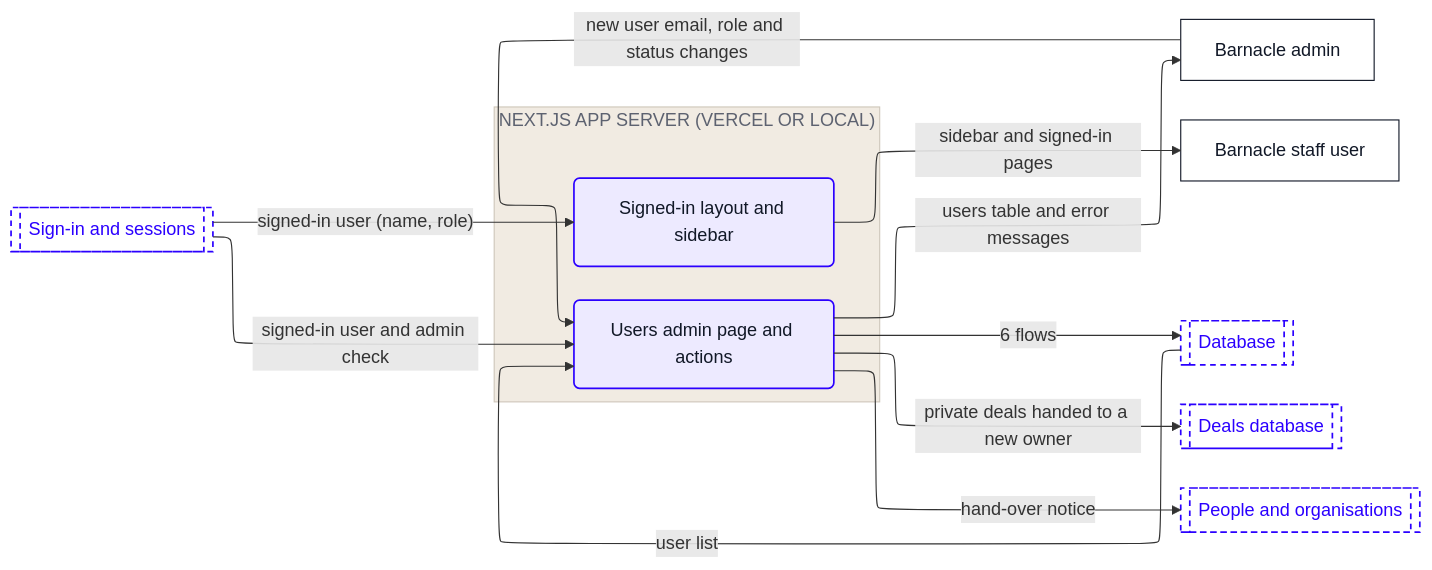
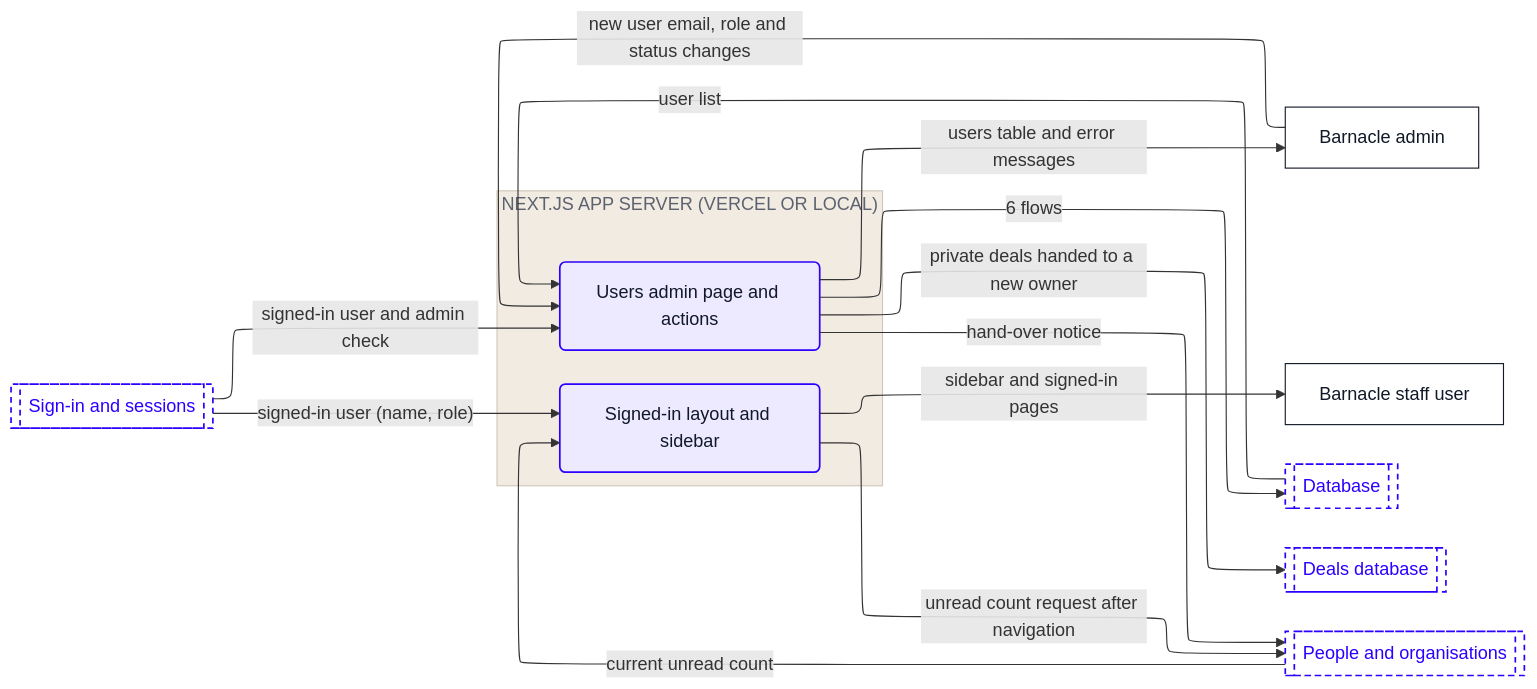
Before and after one commit to Romain-Perche/Barnacle-Pipe: the tenth of 10 diagrams in dataflow/DATAFLOW.md, drawn with Mermaid. The commit also changed other lines of this file and 5 other files, not shown here.

````diff
--- a/dataflow/DATAFLOW.md
+++ b/dataflow/DATAFLOW.md
@@ -517,36 +520,38 @@
 ```mermaid
 ---
 config:
   layout: elk
 ---
 flowchart LR
     n1["Barnacle admin"]
     n2["Barnacle staff user"]
     subgraph z1["NEXT.JS APP SERVER (VERCEL OR LOCAL)"]
         n3("Signed-in layout and sidebar")
         n4("Users admin page and actions")
     end
     n5[["Database"]]
     n6[["Deals database"]]
     n7[["People and organisations"]]
     n8[["Sign-in and sessions"]]
     n1 -->|"new user email, role and status changes"| n4
+    n3 -->|"unread count request after navigation"| n7
     n3 -->|"sidebar and signed-in pages"| n2
+    n7 -->|"current unread count"| n3
     n8 -->|"signed-in user (name, role)"| n3
     n8 -->|"signed-in user and admin check"| n4
     n4 -->|"users table and error messages"| n1
     n4 -->|"private deals handed to a new owner"| n6
     n4 -->|"6 flows"| n5
     n4 -->|"hand-over notice"| n7
     n5 -->|"user list"| n4
     classDef actor fill:#FFFFFF,stroke:#111827,stroke-width:1px,color:#111827
     classDef process fill:#EDEAFF,stroke:#2B00FF,stroke-width:1.5px,color:#111827
     classDef store fill:#FAF6F1,stroke:#111827,stroke-width:1.5px,color:#111827
     classDef zone fill:#1A1A1A,stroke:#1A1A1A,color:#FFFFFF
     classDef group fill:#2B00FF,stroke:#2B00FF,color:#FFFFFF
     classDef stub fill:#FFFFFF,stroke:#2B00FF,stroke-width:1.5px,stroke-dasharray:5 4,color:#2B00FF
     class n1,n2 actor
     class n3,n4 process
     class n5,n6,n7,n8 stub
     style z1 fill:#F1EBE2,stroke:#CFC7BB,color:#5D6270
 ```
````
